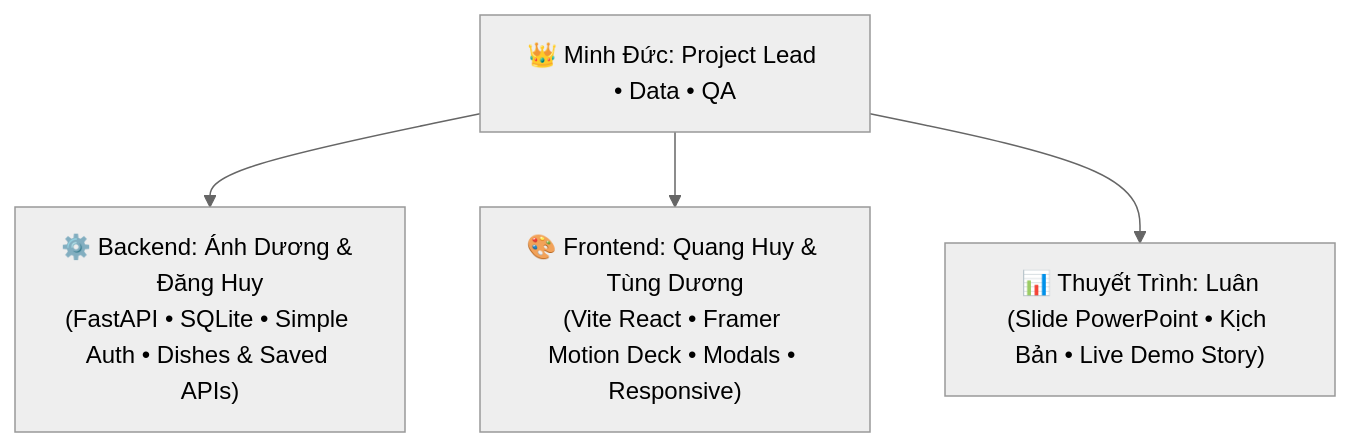
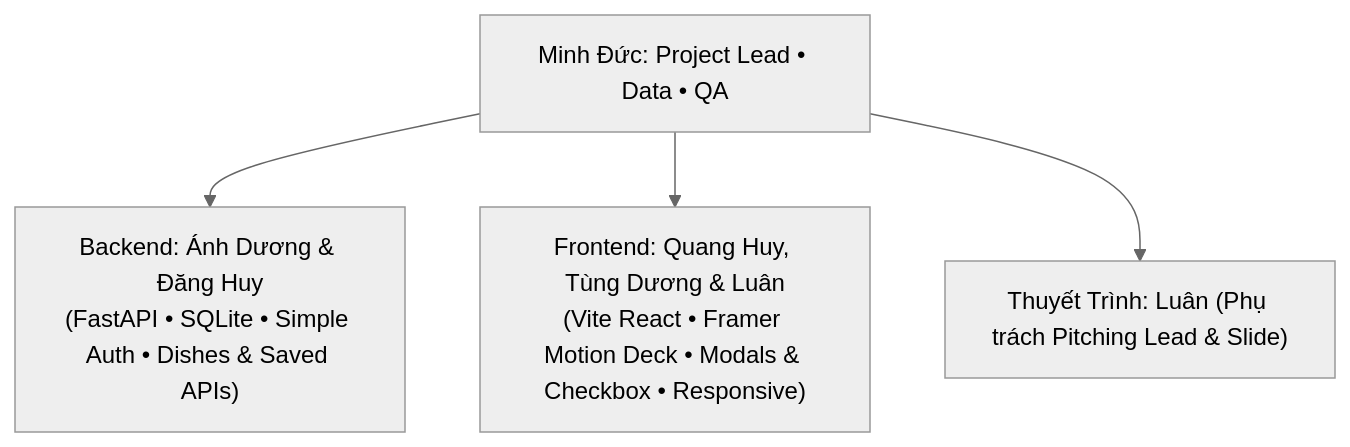
The second of 2 diagrams in README.md (snowwminhduc1212/YumYumPick), drawn with Mermaid (neutral theme) before and after one commit. The commit also changed other lines of this file and 11 other files, not shown here.

````diff
--- a/README.md
+++ b/README.md
@@ -143,7 +143,7 @@
 ```mermaid
 flowchart TD
-    Lead["👑 Minh Đức: Project Lead • Data • QA"]
-    Lead --> BE["⚙️ Backend: Ánh Dương & Đăng Huy\n(FastAPI • SQLite • Simple Auth • Dishes & Saved APIs)"]
-    Lead --> FE["🎨 Frontend: Quang Huy & Tùng Dương\n(Vite React • Framer Motion Deck • Modals • Responsive)"]
-    Lead --> PITCH["📊 Thuyết Trình: Luân\n(Slide PowerPoint • Kịch Bản • Live Demo Story)"]
+    Lead["Minh Đức: Project Lead • Data • QA"]
+    Lead --> BE["Backend: Ánh Dương & Đăng Huy\n(FastAPI • SQLite • Simple Auth • Dishes & Saved APIs)"]
+    Lead --> FE["Frontend: Quang Huy, Tùng Dương & Luân\n(Vite React • Framer Motion Deck • Modals & Checkbox • Responsive)"]
+    Lead --> PITCH["Thuyết Trình: Luân (Phụ trách Pitching Lead & Slide)"]
 ```
````
